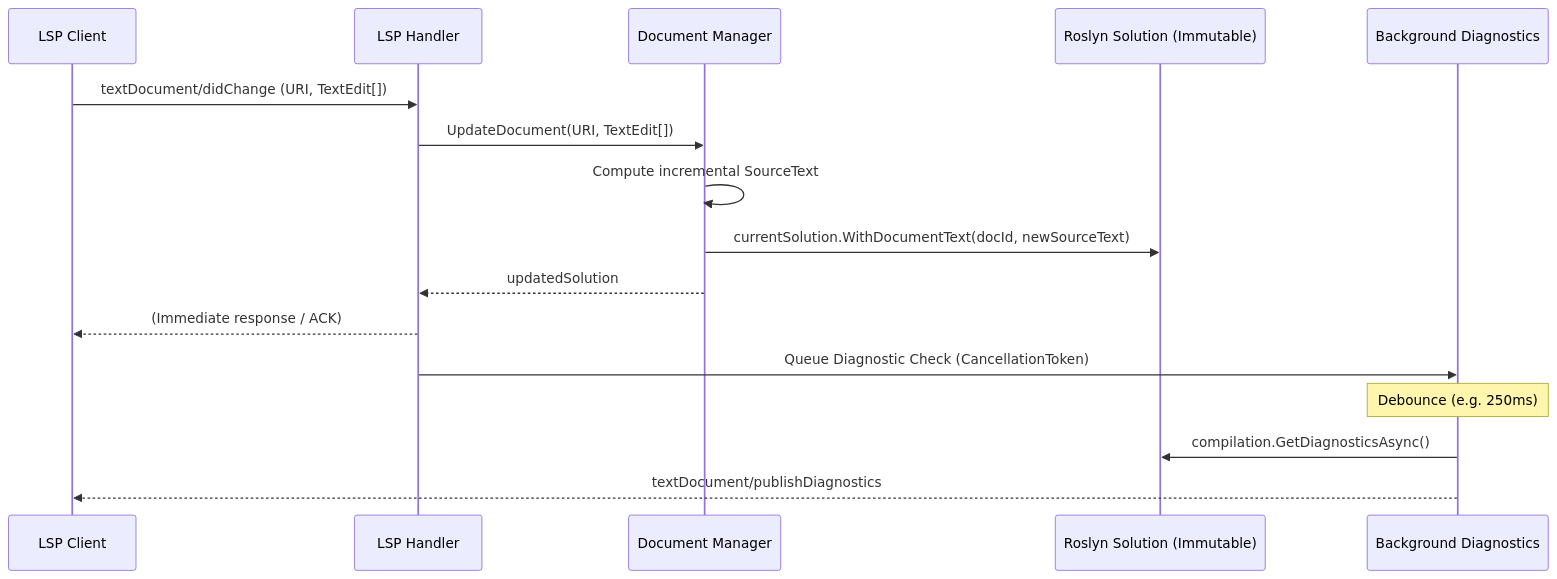
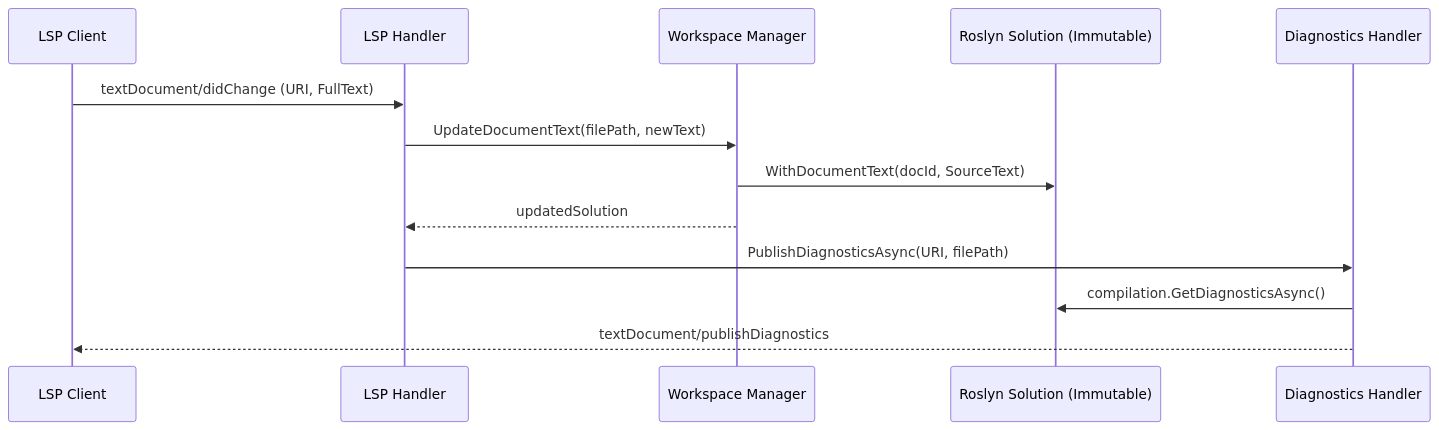
Before and after one commit to gadget114514/UnityCSharpLSP: the diagram in doc/design.md, drawn with Mermaid. The commit also changed other lines of this file and 1 other file, not shown here.

Commit message:
docs: translate design document and skill definition into English

````diff
--- a/doc/design.md
+++ b/doc/design.md
@@ -163,20 +135,16 @@
 ```mermaid
 sequenceDiagram
     participant Client as LSP Client
     participant Server as LSP Handler
-    participant DocMgr as Document Manager
+    participant DocMgr as Workspace Manager
     participant Solution as Roslyn Solution (Immutable)
-    participant Analyzer as Background Diagnostics
+    participant Analyzer as Diagnostics Handler
 
-    Client->>Server: textDocument/didChange (URI, TextEdit[])
-    Server->>DocMgr: UpdateDocument(URI, TextEdit[])
-    DocMgr->>DocMgr: Compute incremental SourceText
-    DocMgr->>Solution: currentSolution.WithDocumentText(docId, newSourceText)
+    Client->>Server: textDocument/didChange (URI, FullText)
+    Server->>DocMgr: UpdateDocumentText(filePath, newText)
+    DocMgr->>Solution: WithDocumentText(docId, SourceText)
     DocMgr-->>Server: updatedSolution
-    Server-->>Client: (Immediate response / ACK)
-    
-    Server->>Analyzer: Queue Diagnostic Check (CancellationToken)
-    Note over Analyzer: Debounce (e.g. 250ms)
+    Server->>Analyzer: PublishDiagnosticsAsync(URI, filePath)
     Analyzer->>Solution: compilation.GetDiagnosticsAsync()
     Analyzer-->>Client: textDocument/publishDiagnostics
 ```
````
